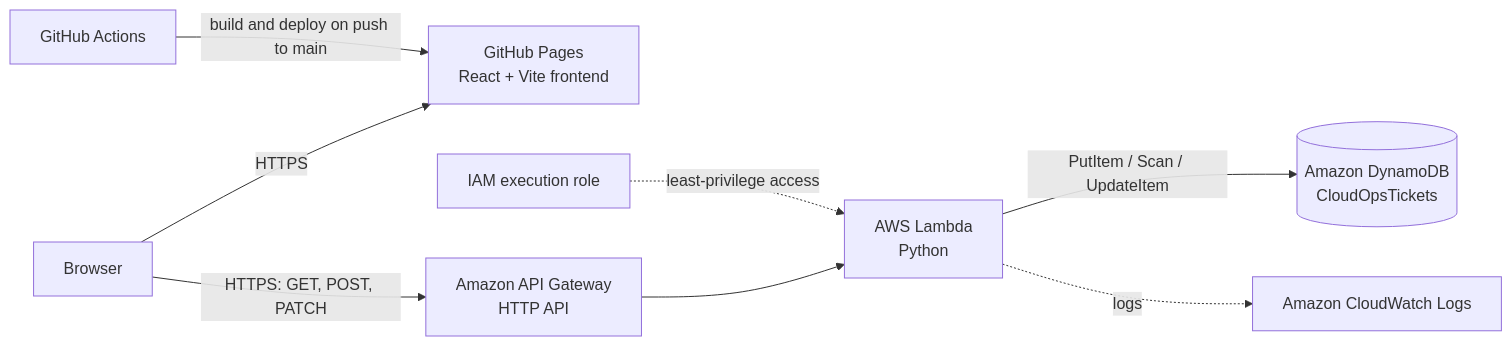
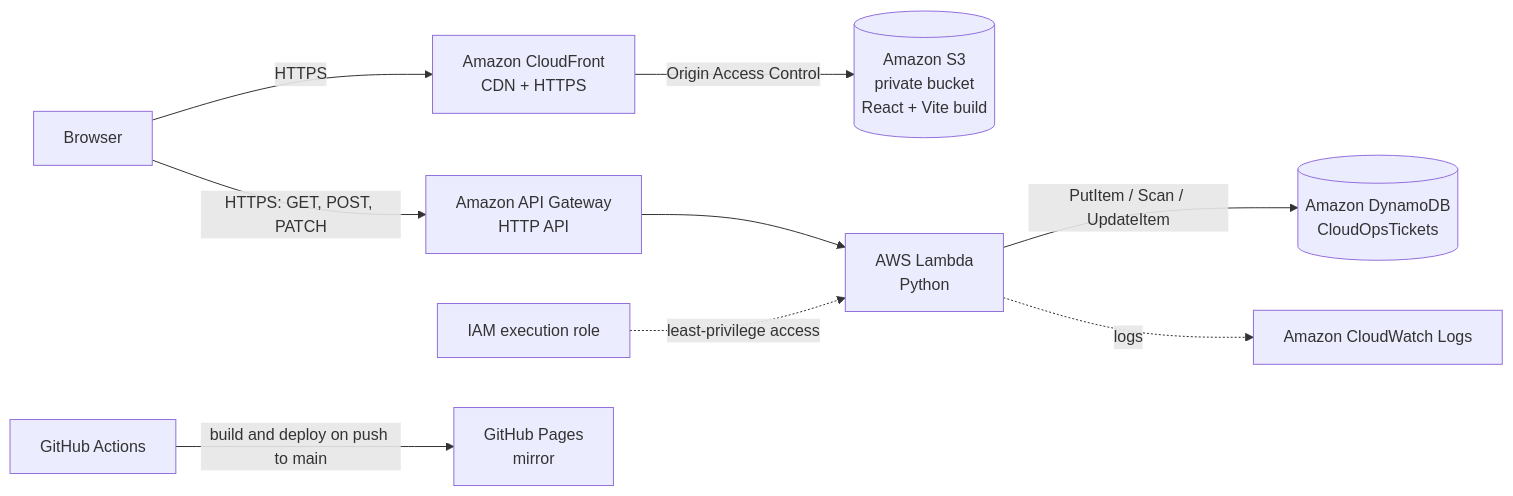
The diagram in README.md (dhruvpatel99/cloudops-helpdesk-aws), drawn with Mermaid before and after one commit. The commit also changed other lines of this file, not shown here.

Commit message:
README: CloudFront + private S3 hosting

````diff
--- a/README.md
+++ b/README.md
@@ -28,10 +30,11 @@
 ```mermaid
 flowchart LR
-    U[Browser] -->|HTTPS| P[GitHub Pages<br/>React + Vite frontend]
+    U[Browser] -->|HTTPS| CF[Amazon CloudFront<br/>CDN + HTTPS]
+    CF -->|Origin Access Control| S3[(Amazon S3<br/>private bucket<br/>React + Vite build)]
     U -->|HTTPS: GET, POST, PATCH| A[Amazon API Gateway<br/>HTTP API]
     A --> L[AWS Lambda<br/>Python]
     L -->|PutItem / Scan / UpdateItem| D[(Amazon DynamoDB<br/>CloudOpsTickets)]
     R[IAM execution role] -. least-privilege access .-> L
     L -. logs .-> C[Amazon CloudWatch Logs]
-    G[GitHub Actions] -->|build and deploy on push to main| P
+    G[GitHub Actions] -->|build and deploy on push to main| P[GitHub Pages<br/>mirror]
 ```
````
